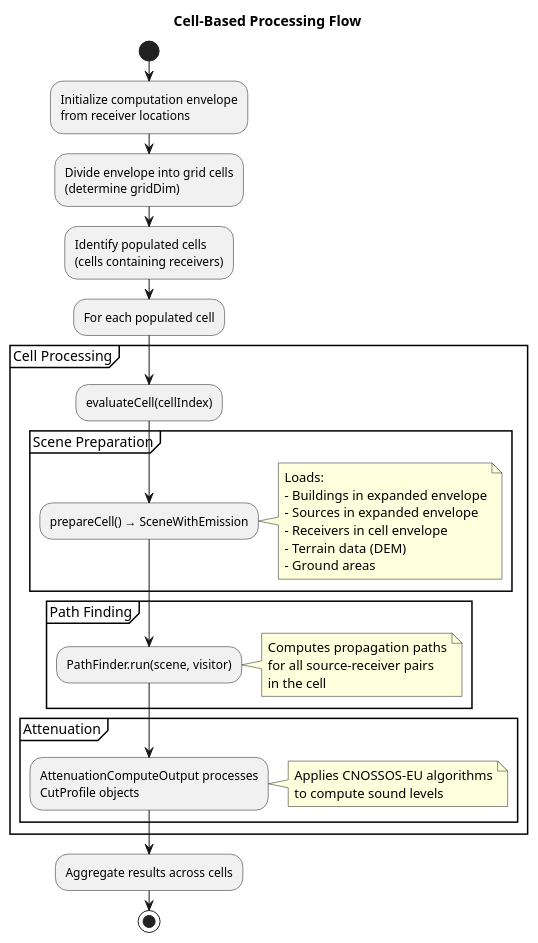
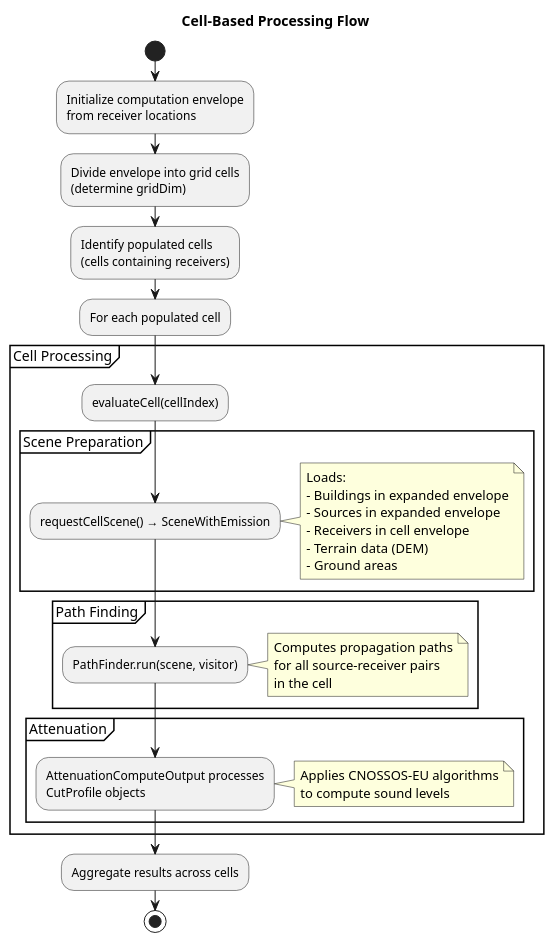
One commit to jtagusari/NoiseModelling changed the second of 6 diagrams in Docs-dev/noisemapbyreceivermaker_algorithms.md. Above: the diagram before and after it, drawn with PlantUML. The commit also changed other lines of this file and 12 other files, not shown here.

````diff
--- a/Docs-dev/noisemapbyreceivermaker_algorithms.md
+++ b/Docs-dev/noisemapbyreceivermaker_algorithms.md
@@ -106,53 +106,53 @@
 ```plantuml
 @startuml
 title Cell-Based Processing Flow
 
 start
 
 :Initialize computation envelope\nfrom receiver locations;
 
 :Divide envelope into grid cells\n(determine gridDim);
 
 :Identify populated cells\n(cells containing receivers);
 
 :For each populated cell;
 
 partition "Cell Processing" {
   :evaluateCell(cellIndex);
   
   partition "Scene Preparation" {
-    :prepareCell() → SceneWithEmission;
+    :requestCellScene() → SceneWithEmission;
     note right
       Loads:
       - Buildings in expanded envelope
       - Sources in expanded envelope
       - Receivers in cell envelope
       - Terrain data (DEM)
       - Ground areas
     end note
   }
   
   partition "Path Finding" {
     :PathFinder.run(scene, visitor);
     note right
       Computes propagation paths
       for all source-receiver pairs
       in the cell
     end note
   }
   
   partition "Attenuation" {
     :AttenuationComputeOutput processes\nCutProfile objects;
     note right
       Applies CNOSSOS-EU algorithms
       to compute sound levels
     end note
   }
 }
 
 :Aggregate results across cells;
 
 stop
 
 @enduml
 ```
````
